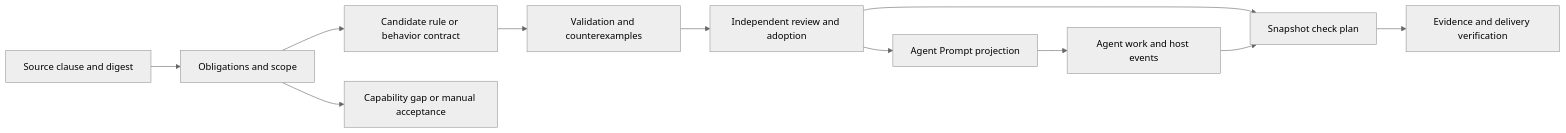
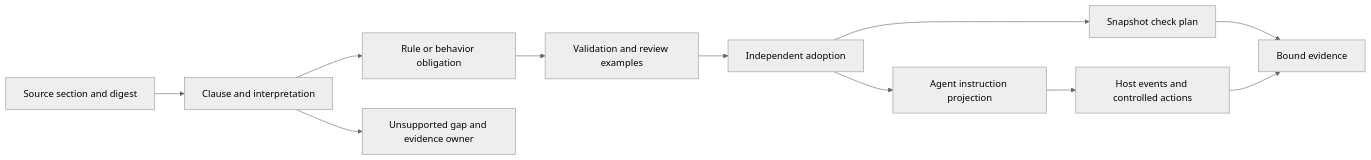
Before and after one commit to coolplayagent/qualitygate-cli: the first of 2 diagrams in docs/en/03-architecture/07-rule-capabilities-and-agent-contracts.md, drawn with Mermaid (neutral theme). The commit also changed other lines of this file and 66 other files, not shown here.

````diff
--- a/docs/en/03-architecture/07-rule-capabilities-and-agent-contracts.md
+++ b/docs/en/03-architecture/07-rule-capabilities-and-agent-contracts.md
@@ -69,13 +33,13 @@
 ```mermaid
 flowchart LR
-    S[Source clause and digest] --> O[Obligations and scope]
-    O --> R[Candidate rule or behavior contract]
-    O --> G[Capability gap or manual acceptance]
-    R --> V[Validation and counterexamples]
-    V --> A[Independent review and adoption]
-    A --> P[Agent Prompt projection]
-    A --> C[Snapshot check plan]
-    P --> W[Agent work and host events]
-    W --> C
-    C --> E[Evidence and delivery verification]
+    S[Source section and digest] --> C[Clause and interpretation]
+    C --> R[Rule or behavior obligation]
+    C --> G[Unsupported gap and evidence owner]
+    R --> V[Validation and review examples]
+    V --> A[Independent adoption]
+    A --> P[Snapshot check plan]
+    A --> I[Agent instruction projection]
+    I --> H[Host events and controlled actions]
+    P --> E[Bound evidence]
+    H --> E
 ```
````
